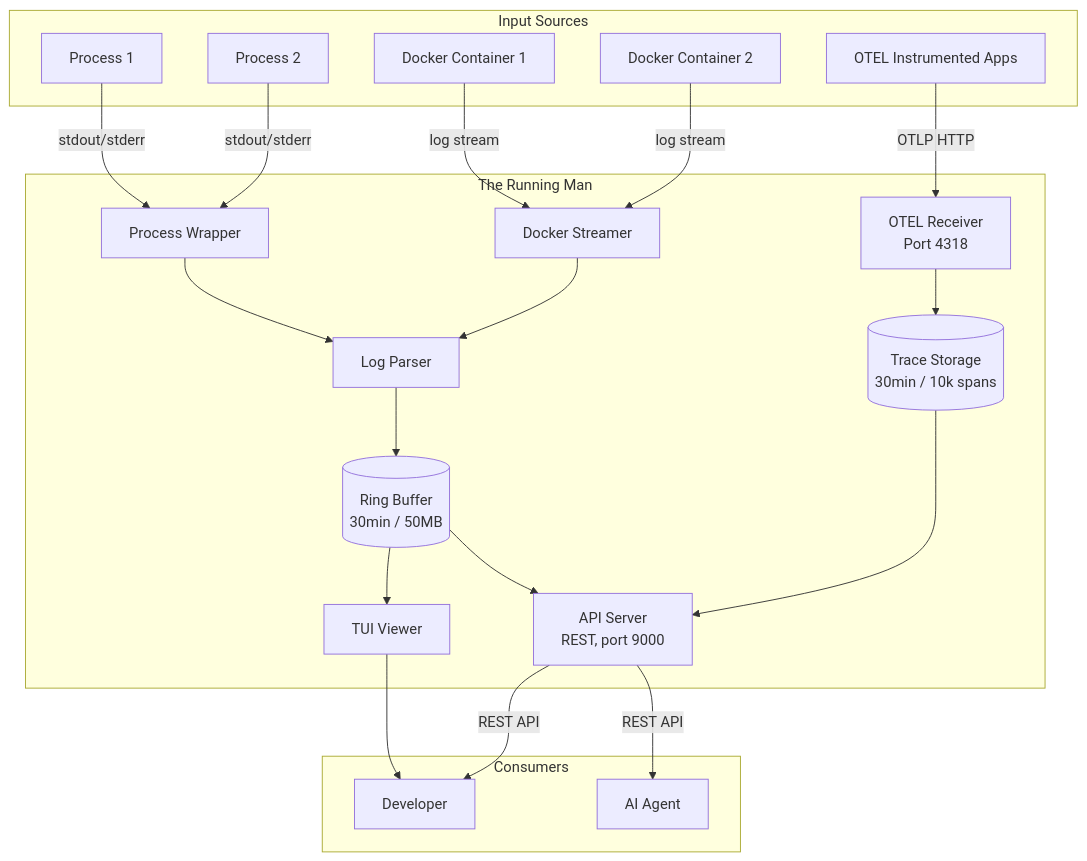
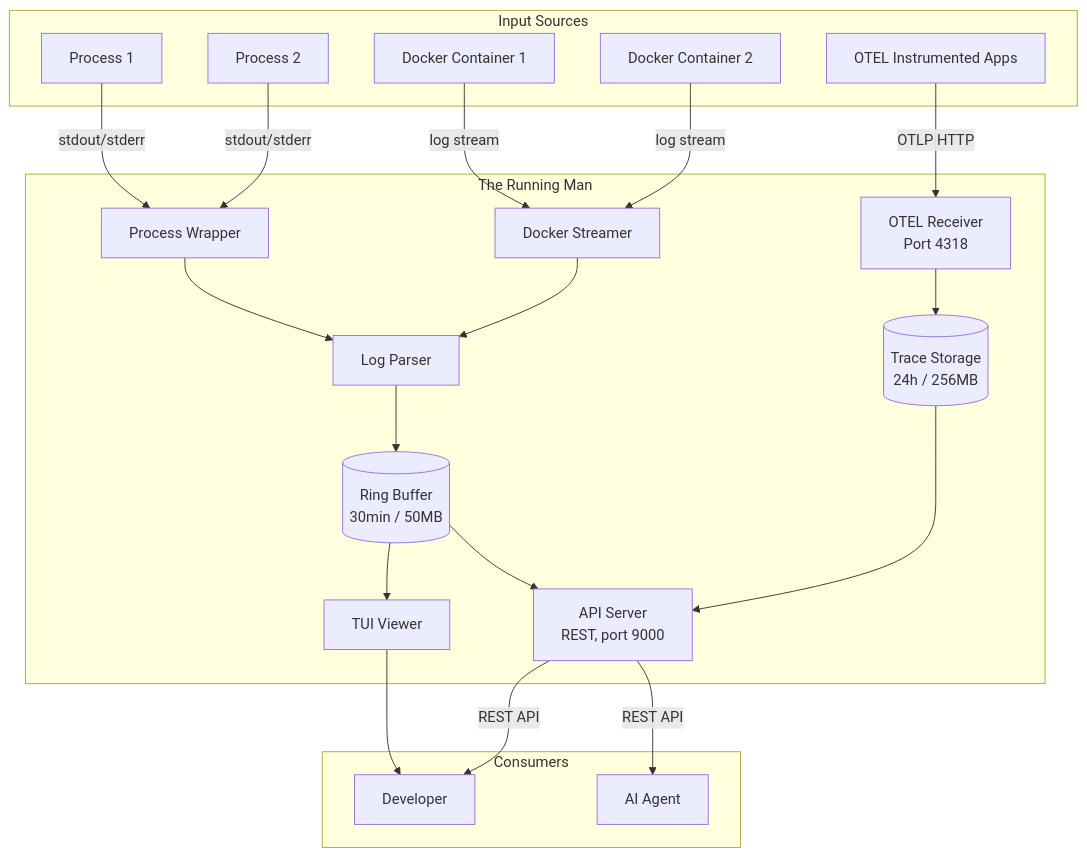
The diagram in docs/architecture.md (elbeanio/the_running_man), drawn with Mermaid before and after one commit. The commit also changed other lines of this file and 20 other files, not shown here.

````diff
--- a/docs/architecture.md
+++ b/docs/architecture.md
@@ -9,44 +9,44 @@
 ```mermaid
 graph TB
     subgraph "Input Sources"
         P1[Process 1]
         P2[Process 2]
         D1[Docker Container 1]
         D2[Docker Container 2]
         OTEL[OTEL Instrumented Apps]
     end
     
     subgraph "The Running Man"
         PW[Process Wrapper]
         DS[Docker Streamer]
         OTEL_REC[OTEL Receiver<br/>Port 4318]
         PARSER[Log Parser]
         BUFFER[(Ring Buffer<br/>30min / 50MB)]
-        TRACE_STORE[(Trace Storage<br/>30min / 10k spans)]
+        TRACE_STORE[(Trace Storage<br/>24h / 256MB)]
         API[API Server<br/>REST, port 9000]
         TUI[TUI Viewer]
         
         P1 -->|stdout/stderr| PW
         P2 -->|stdout/stderr| PW
         D1 -->|log stream| DS
         D2 -->|log stream| DS
         OTEL -->|OTLP HTTP| OTEL_REC
         
         PW --> PARSER
         DS --> PARSER
         PARSER --> BUFFER
         OTEL_REC --> TRACE_STORE
         BUFFER --> API
         TRACE_STORE --> API
         BUFFER --> TUI
     end
     
     subgraph "Consumers"
         AGENT[AI Agent]
         USER[Developer]
         
         API -->|REST API| AGENT
         API -->|REST API| USER
         TUI --> USER
     end
 ```
````
